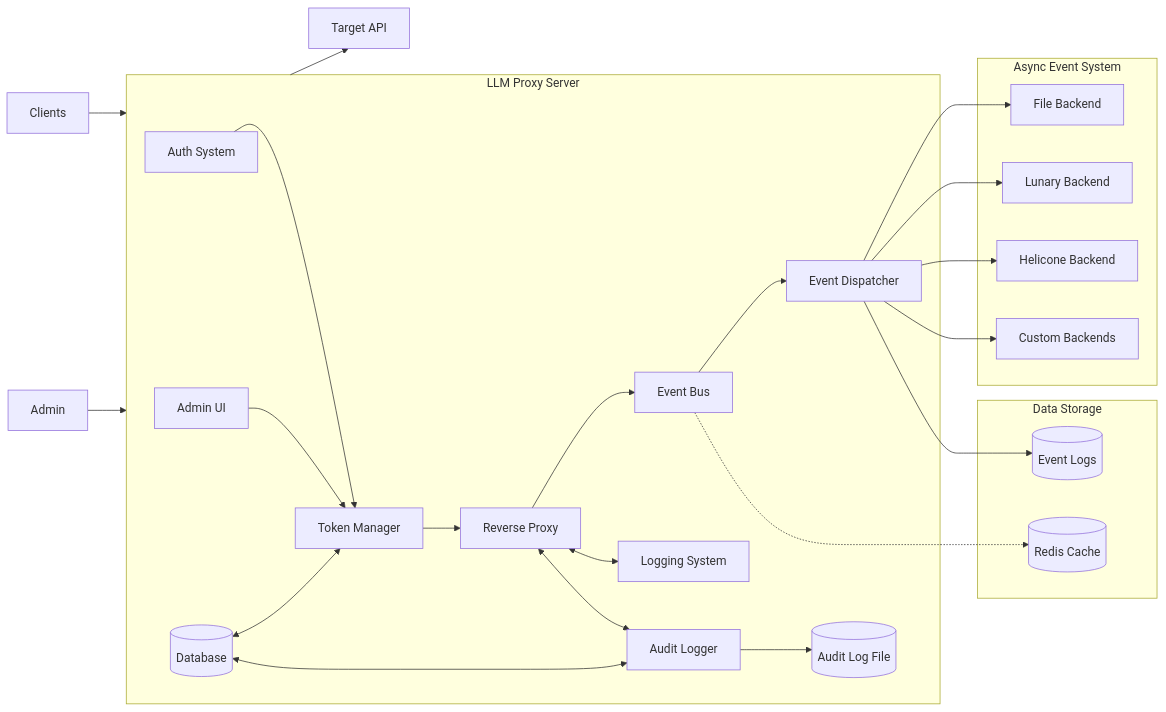
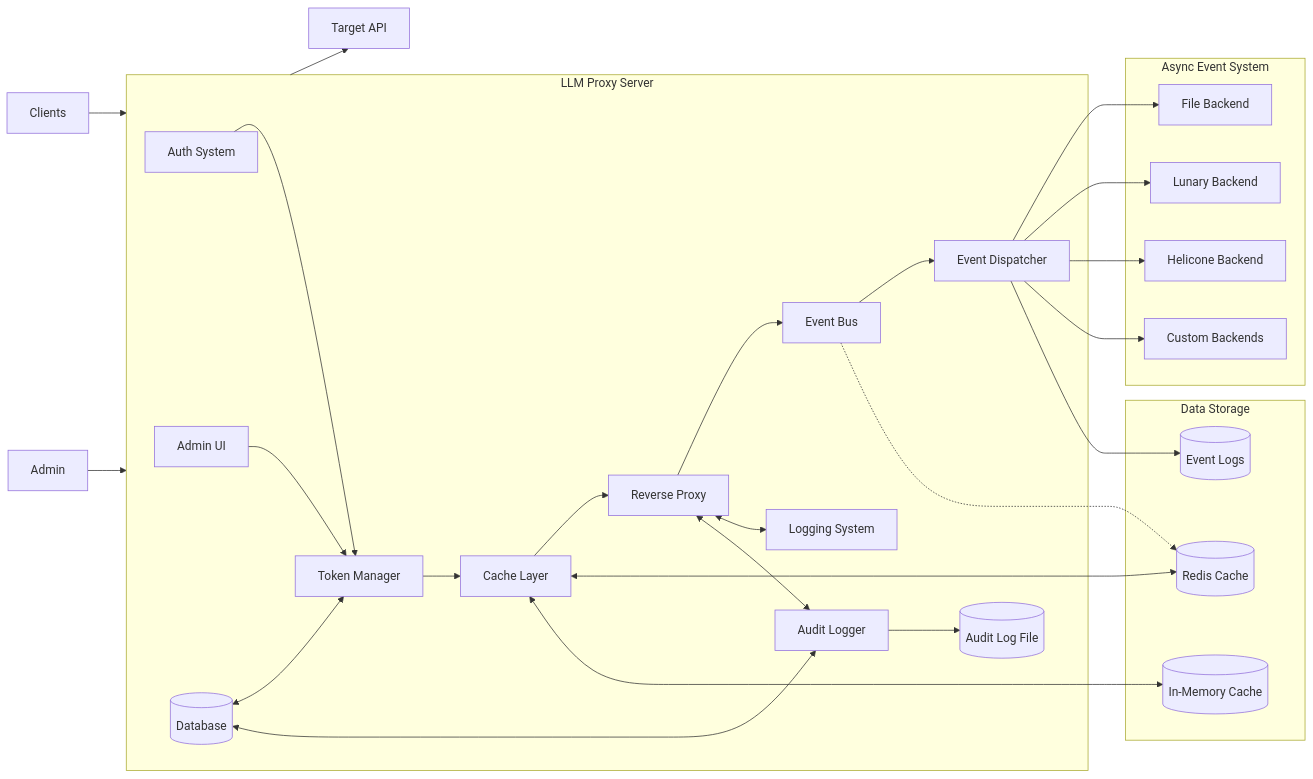
One commit to sofatutor/llm-proxy changed the first of 10 diagrams in docs/architecture.md. Above: the diagram before and after it, drawn with Mermaid. The commit also changed other lines of this file and 3 other files, not shown here.

Commit message:
docs: update architecture.md, api-configuration.md, cli-reference.md, and instrumentation.md with caching documentation

````diff
--- a/docs/architecture.md
+++ b/docs/architecture.md
@@ -38,38 +38,42 @@
 ```mermaid
 flowchart LR
     Clients["Clients"] --> Proxy
     Admin["Admin"] --> Proxy
     
     subgraph Proxy["LLM Proxy Server"]
         AuthSystem["Auth System"] --> TokenManager["Token Manager"]
-        TokenManager --> ReverseProxy["Reverse Proxy"]
+        TokenManager --> CacheLayer["Cache Layer"]
+        CacheLayer --> ReverseProxy["Reverse Proxy"]
         ReverseProxy --> EventBus["Event Bus"]
         EventBus --> EventDispatcher["Event Dispatcher"]
         ReverseProxy <--> LoggingSystem["Logging System"]
         ReverseProxy <--> AuditLogger["Audit Logger"]
         AdminUI["Admin UI"] --> TokenManager
         DB[("Database")] <--> TokenManager
         DB <--> AuditLogger
         AuditLogger --> AuditFile[("Audit Log File")]
     end
     
     subgraph EventSystem["Async Event System"]
         EventBus
         EventDispatcher --> FilePlugin["File Backend"]
         EventDispatcher --> LunaryPlugin["Lunary Backend"]
         EventDispatcher --> HeliconePlugin["Helicone Backend"]
         EventDispatcher --> CustomPlugin["Custom Backends"]
     end
     
     subgraph Storage["Data Storage"]
         DB
         AuditFile
-        Redis[("Redis Cache")]
+        RedisCache[("Redis Cache")]
+        InMemoryCache[("In-Memory Cache")]
         EventLogs[("Event Logs")]
     end
     
-    EventBus -.-> Redis
+    CacheLayer <--> RedisCache
+    CacheLayer <--> InMemoryCache
+    EventBus -.-> RedisCache
     EventDispatcher --> EventLogs
     
     Proxy --> API["Target API"]
  ```
````
